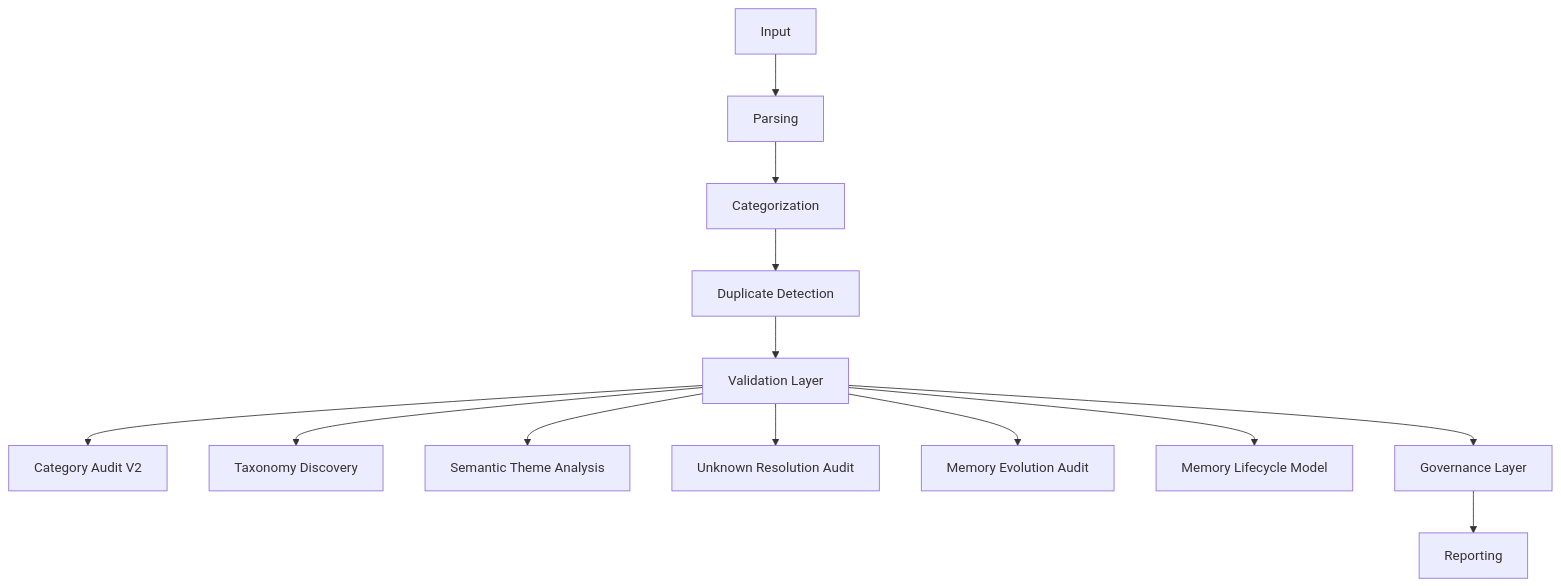
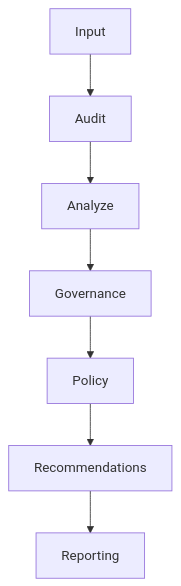
One commit to 2Cloud-S/mem-d changed the diagram in README.md. Above: the diagram before and after it, drawn with Mermaid. The commit also changed other lines of this file, not shown here.

Commit message:
docs: update README for v0.6 architecture and benchmarks

````diff
--- a/README.md
+++ b/README.md
@@ -25,17 +40,9 @@
 ```mermaid
 flowchart TD
-    A[Input] --> B[Parsing]
-    B --> C[Categorization]
-    C --> D[Duplicate Detection]
-    D --> E[Validation Layer]
-
-    E --> E1[Category Audit V2]
-    E --> E2[Taxonomy Discovery]
-    E --> E3[Semantic Theme Analysis]
-    E --> E4[Unknown Resolution Audit]
-    E --> E5[Memory Evolution Audit]
-    E --> E6[Memory Lifecycle Model]
-
-    E --> F[Governance Layer]
+    A[Input] --> B[Audit]
+    B --> C[Analyze]
+    C --> D[Governance]
+    D --> E[Policy]
+    E --> F[Recommendations]
     F --> G[Reporting]
 ```
````
